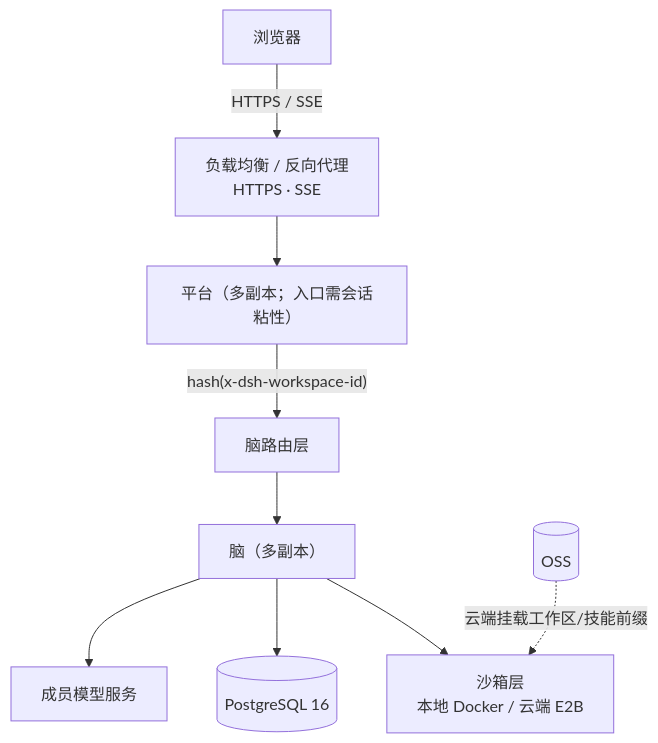
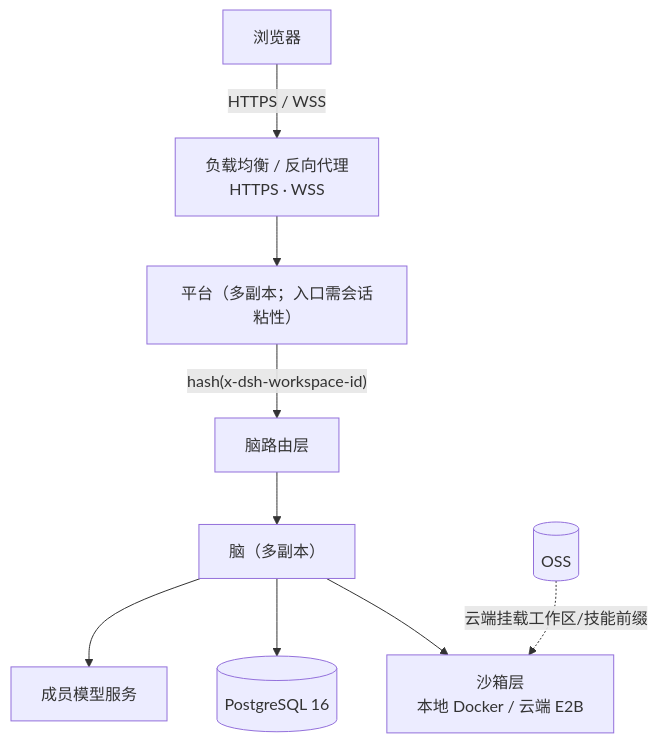
One commit to lishuo0/dsh-sandbox-platform changed the second of 2 diagrams in README.md. Above: the diagram before and after it, drawn with Mermaid. The commit also changed other lines of this file and 21 other files, not shown here.

````diff
--- a/README.md
+++ b/README.md
@@ -51,21 +51,21 @@
 ```mermaid
 flowchart TB
   Browser["浏览器"]
-  LB["负载均衡 / 反向代理<br/>HTTPS · SSE"]
+  LB["负载均衡 / 反向代理<br/>HTTPS · WSS"]
   Platform["平台（多副本；入口需会话粘性）"]
   Router["脑路由层"]
   Brain["脑（多副本）"]
   Sandbox["沙箱层<br/>本地 Docker / 云端 E2B"]
   DB[("PostgreSQL 16")]
   OSS[("OSS")]
   Model["成员模型服务"]
 
-  Browser -->|"HTTPS / SSE"| LB
+  Browser -->|"HTTPS / WSS"| LB
   LB --> Platform
   Platform -->|"hash(x-dsh-workspace-id)"| Router
   Router --> Brain
   Brain --> Sandbox
   Brain --> DB
   Brain --> Model
   OSS -.->|"云端挂载工作区/技能前缀"| Sandbox
 ```
````
